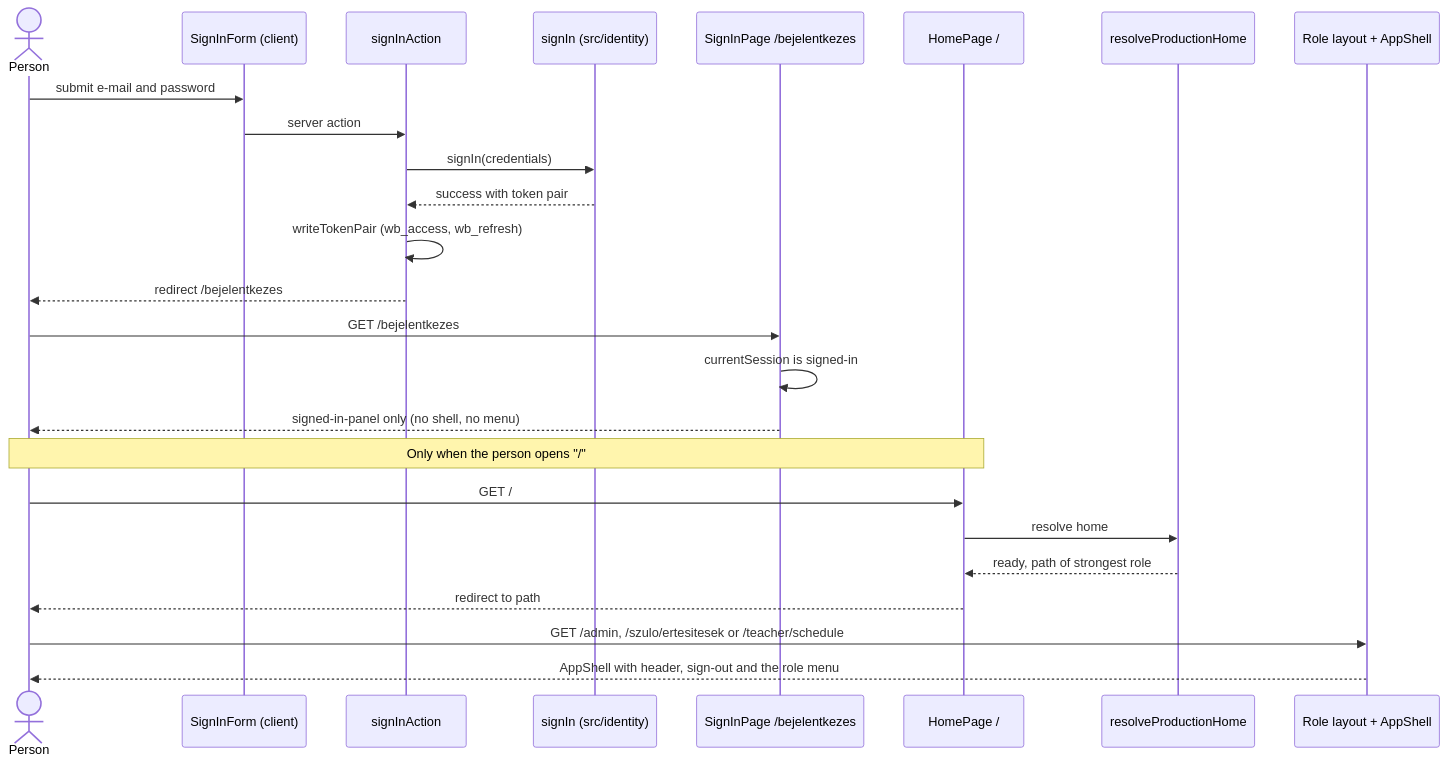
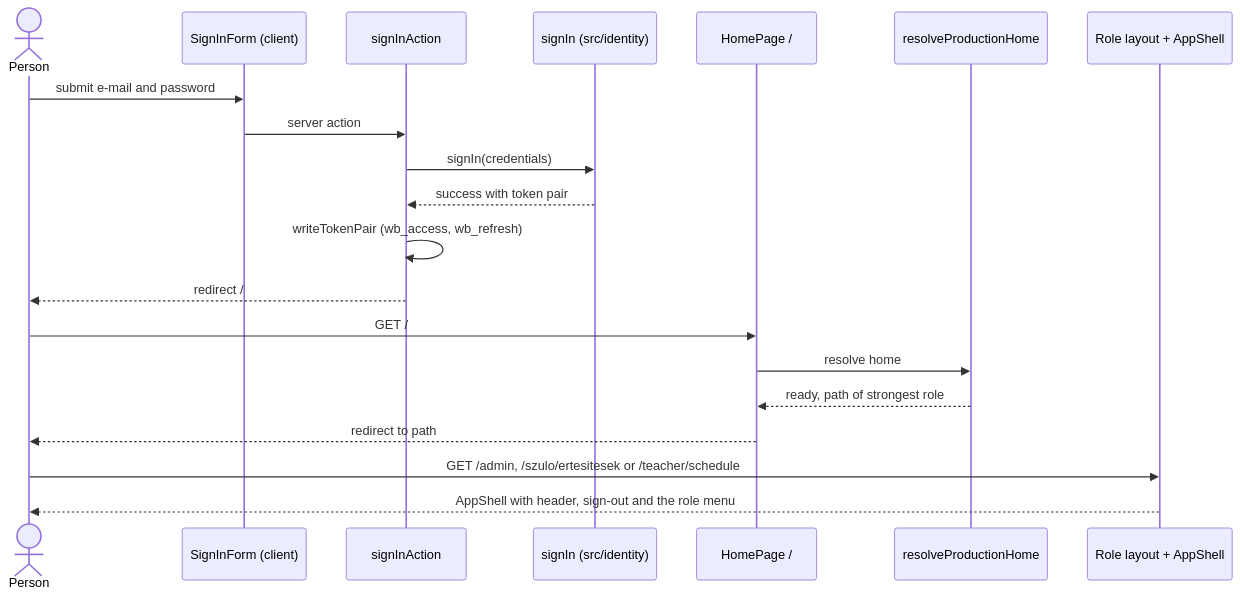
Before and after one commit to bbotond83/waldorf-community-task-manager: the seventh of 8 diagrams in aidlc/spaces/default/codekb/waldorf-community-task-manager/architecture.md, drawn with Mermaid. The commit also changed other lines of this file and 39 other files, not shown here.

````diff
--- a/aidlc/spaces/default/codekb/waldorf-community-task-manager/architecture.md
+++ b/aidlc/spaces/default/codekb/waldorf-community-task-manager/architecture.md
@@ -254,27 +274,22 @@
 ```mermaid
 sequenceDiagram
   actor P as Person
   participant SF as SignInForm (client)
   participant SA as signInAction
   participant SI as signIn (src/identity)
-  participant SP as SignInPage /bejelentkezes
   participant HP as HomePage /
   participant PH as resolveProductionHome
   participant RL as Role layout + AppShell
   P->>SF: submit e-mail and password
   SF->>SA: server action
   SA->>SI: signIn(credentials)
   SI-->>SA: success with token pair
   SA->>SA: writeTokenPair (wb_access, wb_refresh)
-  SA-->>P: redirect /bejelentkezes
-  P->>SP: GET /bejelentkezes
-  SP->>SP: currentSession is signed-in
-  SP-->>P: signed-in-panel only (no shell, no menu)
-  Note over P,HP: Only when the person opens "/"
+  SA-->>P: redirect /
   P->>HP: GET /
   HP->>PH: resolve home
   PH-->>HP: ready, path of strongest role
   HP-->>P: redirect to path
   P->>RL: GET /admin, /szulo/ertesitesek or /teacher/schedule
   RL-->>P: AppShell with header, sign-out and the role menu
 ```
````
